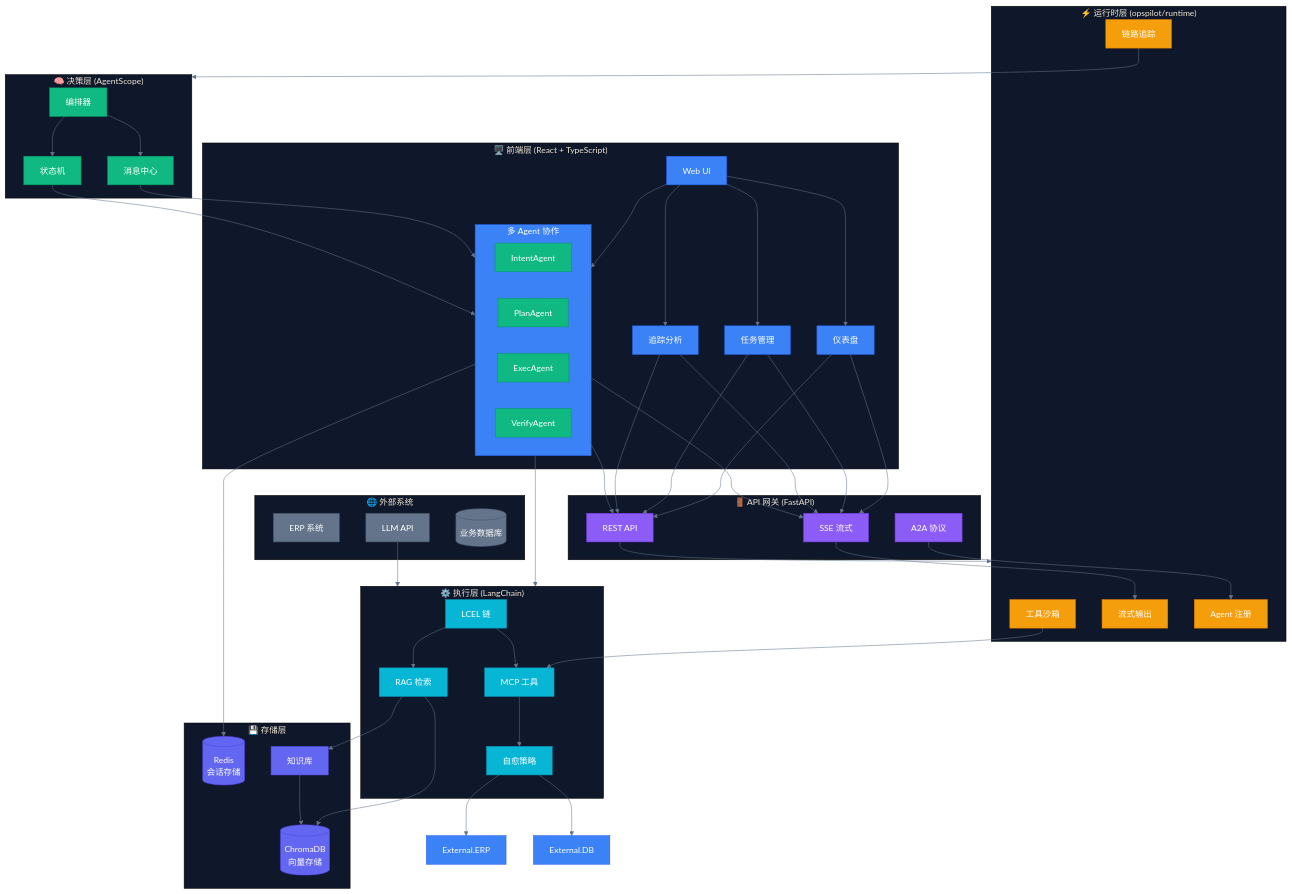
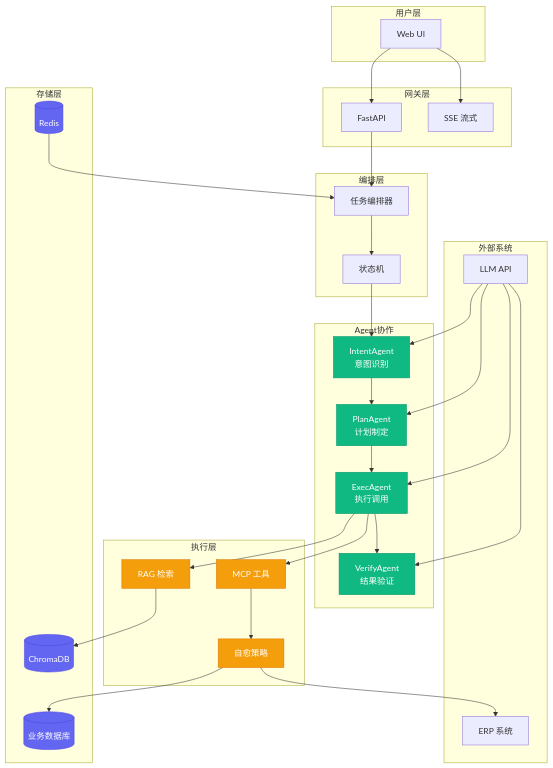
Before and after one commit to Aiting-for-you/OpsPilot: the diagram in OpsPilot/README.md, drawn with Mermaid. The commit also changed other lines of this file, not shown here.

````diff
--- a/OpsPilot/README.md
+++ b/OpsPilot/README.md
@@ -43,103 +31,59 @@
 ```mermaid
-%%{init: {'theme': 'base', 'themeVariables': { 'primaryColor': '#3b82f6', 'primaryTextColor': '#fff', 'primaryBorderColor': '#2563eb', 'lineColor': '#64748b', 'secondaryColor': '#1e293b', 'tertiaryColor': '#0f172a'}}}%%
 graph TB
-    subgraph Frontend["🖥️ 前端层 (React + TypeScript)"]
+    subgraph 用户层
         UI[Web UI]
-        Dashboard[仪表盘]
-        Tasks[任务管理]
-        Tracing[追踪分析]
-        Agents[Agent 监控]
     end
 
-    subgraph Gateway["🚪 API 网关 (FastAPI)"]
-        API[REST API]
+    subgraph 网关层
+        API[FastAPI]
         SSE[SSE 流式]
-        A2A[A2A 协议]
     end
 
-    subgraph Runtime["⚡ 运行时层 (opspilot/runtime)"]
-        Sandbox[工具沙箱]
-        Streaming[流式输出]
-        Tracer[链路追踪]
-        Registry[Agent 注册]
+    subgraph 编排层
+        Orchestrator[任务编排器]
+        FSM[状态机]
     end
 
-    subgraph Decision["🧠 决策层 (AgentScope)"]
-        Orchestrator[编排器]
-        MsgHub[消息中心]
-        FSM[状态机]
-        
-        subgraph Agents["多 Agent 协作"]
-            Intent[IntentAgent]
-            Plan[PlanAgent]
-            Exec[ExecAgent]
-            Verify[VerifyAgent]
-        end
+    subgraph Agent协作
+        Intent[IntentAgent<br/>意图识别]
+        Plan[PlanAgent<br/>计划制定]
+        Exec[ExecAgent<br/>执行调用]
+        Verify[VerifyAgent<br/>结果验证]
     end
 
-    subgraph Execution["⚙️ 执行层 (LangChain)"]
-        LCEL[LCEL 链]
+    subgraph 执行层
+        MCP[MCP 工具]
         RAG[RAG 检索]
-        Tools[MCP 工具]
         Healing[自愈策略]
     end
 
-    subgraph Storage["💾 存储层"]
-        ChromaDB[(ChromaDB<br/>向量存储)]
-        Redis[(Redis<br/>会话存储)]
-        Knowledge[知识库]
-    end
-
-    subgraph External["🌐 外部系统"]
-        ERP[ERP 系统]
-        LLM[LLM API]
+    subgraph 存储层
+        ChromaDB[(ChromaDB)]
+        Redis[(Redis)]
         DB[(业务数据库)]
     end
 
-    %% 前端连接
-    UI --> Dashboard & Tasks & Tracing & Agents
-    Dashboard & Tasks & Tracing & Agents --> API & SSE
+    subgraph 外部系统
+        LLM[LLM API]
+        ERP[ERP 系统]
+    end
 
-    %% 网关连接
-    API --> Runtime
-    SSE --> Streaming
-    A2A --> Registry
+    UI --> API & SSE
+    API --> Orchestrator
+    Orchestrator --> FSM
+    FSM --> Intent --> Plan --> Exec --> Verify
+    Exec --> MCP & RAG
+    MCP --> Healing --> DB & ERP
+    RAG --> ChromaDB
+    LLM --> Intent & Plan & Exec & Verify
+    Redis --> Orchestrator
 
-    %% 运行时连接
-    Sandbox --> Tools
-    Tracer --> Decision
-
-    %% 决策层连接
-    Orchestrator --> MsgHub & FSM
-    MsgHub --> Agents
-    FSM --> Agents
-    Agents --> Execution
-
-    %% 执行层连接
-    LCEL --> RAG & Tools
-    RAG --> Knowledge & ChromaDB
-    Tools --> Healing
-    Healing --> External.ERP & External.DB
-    LLM --> Execution
-
-    %% 存储连接
-    Knowledge --> ChromaDB
-    Agents --> Redis
-
-    %% 样式
-    classDef frontend fill:#3b82f6,stroke:#2563eb,color:#fff
-    classDef gateway fill:#8b5cf6,stroke:#7c3aed,color:#fff
-    classDef runtime fill:#f59e0b,stroke:#d97706,color:#fff
-    classDef decision fill:#10b981,stroke:#059669,color:#fff
-    classDef execution fill:#06b6d4,stroke:#0891b2,color:#fff
-    classDef storage fill:#6366f1,stroke:#4f46e5,color:#fff
-    classDef external fill:#64748b,stroke:#475569,color:#fff
-
-    class UI,Dashboard,Tasks,Tracing,Agents frontend
-    class API,SSE,A2A gateway
-    class Sandbox,Streaming,Tracer,Registry runtime
-    class Orchestrator,MsgHub,FSM,Intent,Plan,Exec,Verify decision
-    class LCEL,RAG,Tools,Healing execution
-    class ChromaDB,Redis,Knowledge storage
-    class ERP,LLM,DB external
+    classDef primary fill:#3b82f6,stroke:#2563eb,color:#fff
+    classDef success fill:#10b981,stroke:#059669,color:#fff
+    classDef warning fill:#f59e0b,stroke:#d97706,color:#fff
+    classDef info fill:#6366f1,stroke:#4f46e5,color:#fff
+    
+    class Intent,Plan,Exec,Verify success
+    class MCP,RAG,Healing warning
+    class ChromaDB,Redis,DB info
 ```
````
